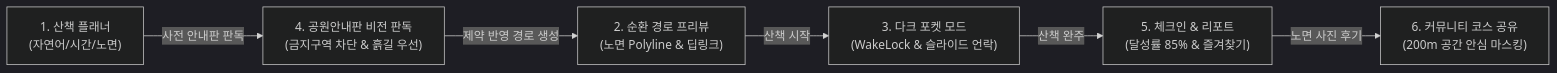
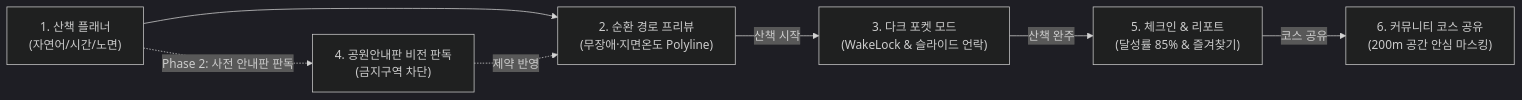
The third of 3 diagrams in README.md (haru2014/pet_walk_t01), drawn with Mermaid (dark theme) before and after one commit. The commit also changed other lines of this file and 22 other files, not shown here.

````diff
--- a/README.md
+++ b/README.md
@@ -130,8 +128,9 @@
 ```mermaid
 graph LR
-    S1["1. 산책 플래너<br/>(자연어/시간/노면)"] -->|사전 안내판 판독| S4["4. 공원안내판 비전 판독<br/>(금지구역 차단 & 흙길 우선)"]
-    S4 -->|제약 반영 경로 생성| S2["2. 순환 경로 프리뷰<br/>(노면 Polyline & 딥링크)"]
+    S1["1. 산책 플래너<br/>(자연어/시간/노면)"] --> S2["2. 순환 경로 프리뷰<br/>(무장애·지면온도 Polyline)"]
     S2 -->|산책 시작| S3["3. 다크 포켓 모드<br/>(WakeLock & 슬라이드 언락)"]
     S3 -->|산책 완주| S5["5. 체크인 & 리포트<br/>(달성률 85% & 즐겨찾기)"]
-    S5 -->|노면 사진 후기| S6["6. 커뮤니티 코스 공유<br/>(200m 공간 안심 마스킹)"]
+    S5 -->|코스 공유| S6["6. 커뮤니티 코스 공유<br/>(200m 공간 안심 마스킹)"]
+    S1 -.->|Phase 2: 사전 안내판 판독| S4["4. 공원안내판 비전 판독<br/>(금지구역 차단)"]
+    S4 -.->|제약 반영| S2
 ```
````
